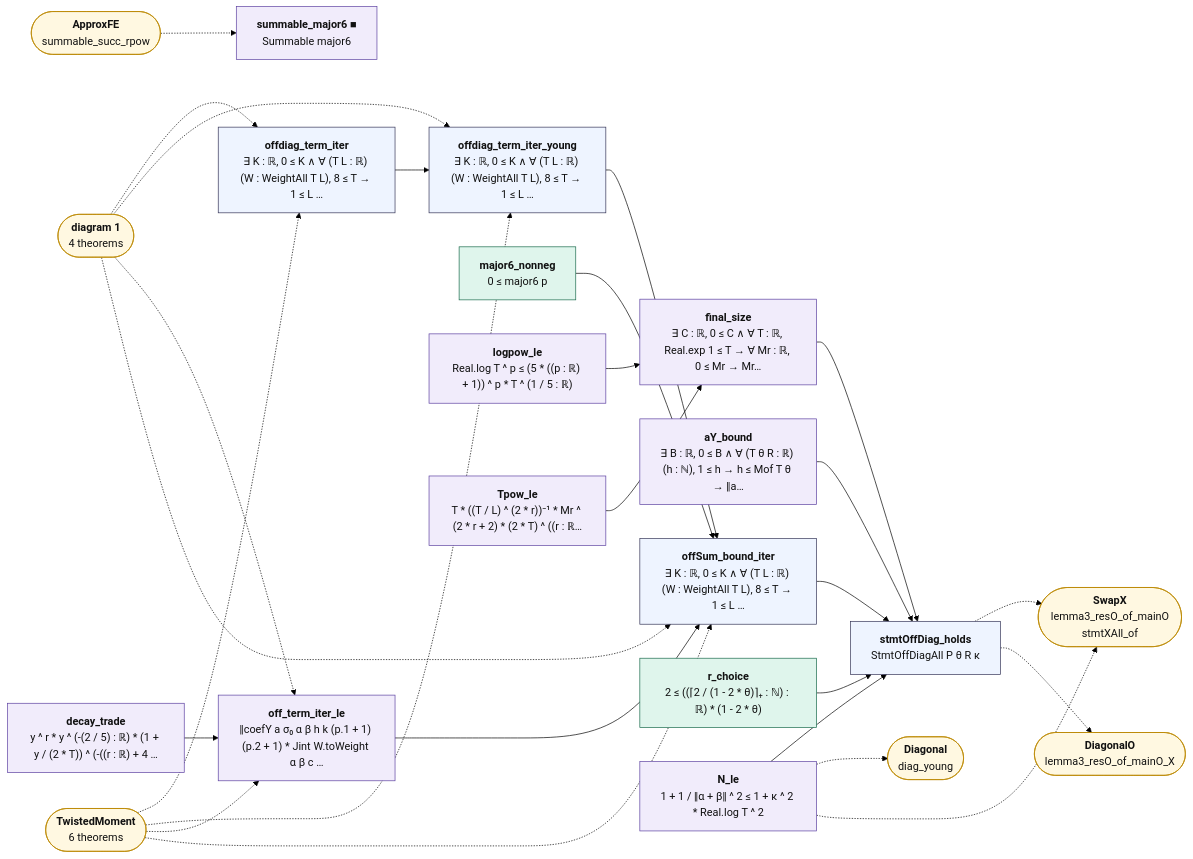
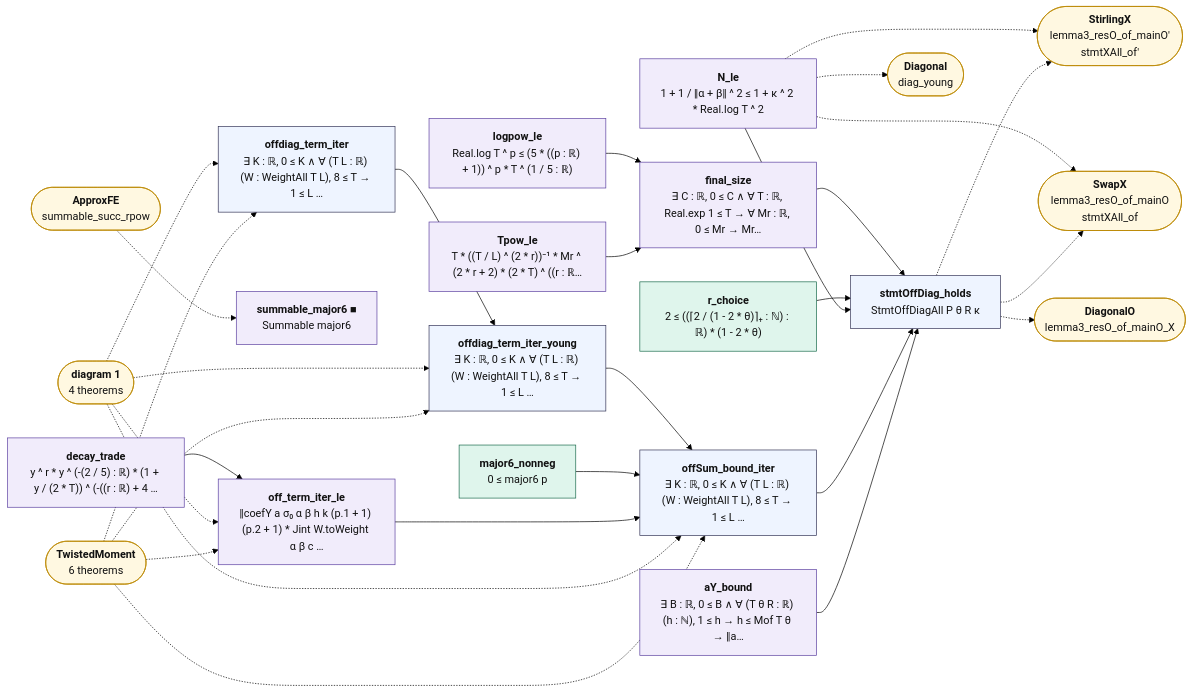
The diagram in map/lean_stage3/OffDiagClose.2.mmd (juliansambranojr/Primebeat_081426), drawn with Mermaid (forest theme) before and after one commit. The commit also changed 21 other files, not shown here.

```diff
--- a/map/lean_stage3/OffDiagClose.2.mmd
+++ b/map/lean_stage3/OffDiagClose.2.mmd
@@ -1,54 +1,57 @@
 flowchart LR
   n0["<b>offdiag_term_iter</b><br/>∃ K : ℝ, 0 ≤ K ∧ ∀ (T L : ℝ) (W : WeightAll T L), 8 ≤ T → 1 ≤ L …"]:::thm
   n1["<b>offdiag_term_iter_young</b><br/>∃ K : ℝ, 0 ≤ K ∧ ∀ (T L : ℝ) (W : WeightAll T L), 8 ≤ T → 1 ≤ L …"]:::thm
   n2["<b>major6_nonneg</b><br/>0 ≤ major6 p"]:::cnt
   n3["<b>summable_major6 ■</b><br/>Summable major6"]:::shp
   n4["<b>decay_trade</b><br/>y ^ r * y ^ (-(2 / 5) : ℝ) * (1 + y / (2 * T)) ^ (-((r : ℝ) + 4 …"]:::shp
   n5["<b>off_term_iter_le</b><br/>‖coefY a σ₀ α β h k (p.1 + 1) (p.2 + 1) * Jint W.toWeight α β c …"]:::shp
   n6["<b>offSum_bound_iter</b><br/>∃ K : ℝ, 0 ≤ K ∧ ∀ (T L : ℝ) (W : WeightAll T L), 8 ≤ T → 1 ≤ L …"]:::thm
   n7["<b>aY_bound</b><br/>∃ B : ℝ, 0 ≤ B ∧ ∀ (T θ R : ℝ) (h : ℕ), 1 ≤ h → h ≤ Mof T θ → ‖a…"]:::shp
   n8["<b>logpow_le</b><br/>Real.log T ^ p ≤ (5 * ((p : ℝ) + 1)) ^ p * T ^ (1 / 5 : ℝ)"]:::shp
   n9["<b>Tpow_le</b><br/>T * ((T / L) ^ (2 * r))⁻¹ * Mr ^ (2 * r + 2) * (2 * T) ^ ((r : ℝ…"]:::shp
   n10["<b>final_size</b><br/>∃ C : ℝ, 0 ≤ C ∧ ∀ T : ℝ, Real.exp 1 ≤ T → ∀ Mr : ℝ, 0 ≤ Mr → Mr…"]:::shp
   n11["<b>r_choice</b><br/>2 ≤ ((⌈2 / (1 - 2 * θ)⌉₊ : ℕ) : ℝ) * (1 - 2 * θ)"]:::cnt
   n12["<b>N_le</b><br/>1 + 1 / ‖α + β‖ ^ 2 ≤ 1 + κ ^ 2 * Real.log T ^ 2"]:::shp
   n13["<b>stmtOffDiag_holds</b><br/>StmtOffDiagAll P θ R κ"]:::thm
   x0(["<b>diagram 1</b><br/>4 theorems"]):::ext
   x1(["<b>TwistedMoment</b><br/>6 theorems"]):::ext
   x2(["<b>ApproxFE</b><br/>summable_succ_rpow"]):::ext
   x3(["<b>Diagonal</b><br/>diag_young"]):::ext
-  x4(["<b>SwapX</b><br/>lemma3_resO_of_mainO<br/>stmtXAll_of"]):::ext
-  x5(["<b>DiagonalO</b><br/>lemma3_resO_of_mainO_X"]):::ext
+  x4(["<b>StirlingX</b><br/>lemma3_resO_of_mainO'<br/>stmtXAll_of'"]):::ext
+  x5(["<b>SwapX</b><br/>lemma3_resO_of_mainO<br/>stmtXAll_of"]):::ext
+  x6(["<b>DiagonalO</b><br/>lemma3_resO_of_mainO_X"]):::ext
   n0 --> n1
   n1 --> n6
   n10 --> n13
   n11 --> n13
   n12 --> n13
   n2 --> n6
   n4 --> n5
   n5 --> n6
   n6 --> n13
   n7 --> n13
   n8 --> n10
   n9 --> n10
   n12 -.-> x3
   n12 -.-> x4
+  n12 -.-> x5
   n13 -.-> x4
   n13 -.-> x5
+  n13 -.-> x6
   x0 -.-> n0
   x0 -.-> n1
   x0 -.-> n5
   x0 -.-> n6
   x1 -.-> n0
   x1 -.-> n1
   x1 -.-> n5
   x1 -.-> n6
   x2 -.-> n3
   classDef cnt fill:#dff5ec,stroke:#17694a,color:#111
   classDef shp fill:#f1ecfb,stroke:#5b3fa0,color:#111
   classDef rh fill:#ffe5e5,stroke:#c22,color:#111,stroke-width:2px
   classDef thm fill:#eef4ff,stroke:#335,color:#111
   classDef end_ fill:#e7f7e7,stroke:#2a7,color:#111,stroke-width:2px
   classDef lone fill:#fff,stroke:#999,color:#111,stroke-dasharray:4 3
   classDef bad fill:#ffe5e5,stroke:#c22,color:#111,stroke-width:2px
   classDef ext fill:#fff8e1,stroke:#b80,color:#111
```
